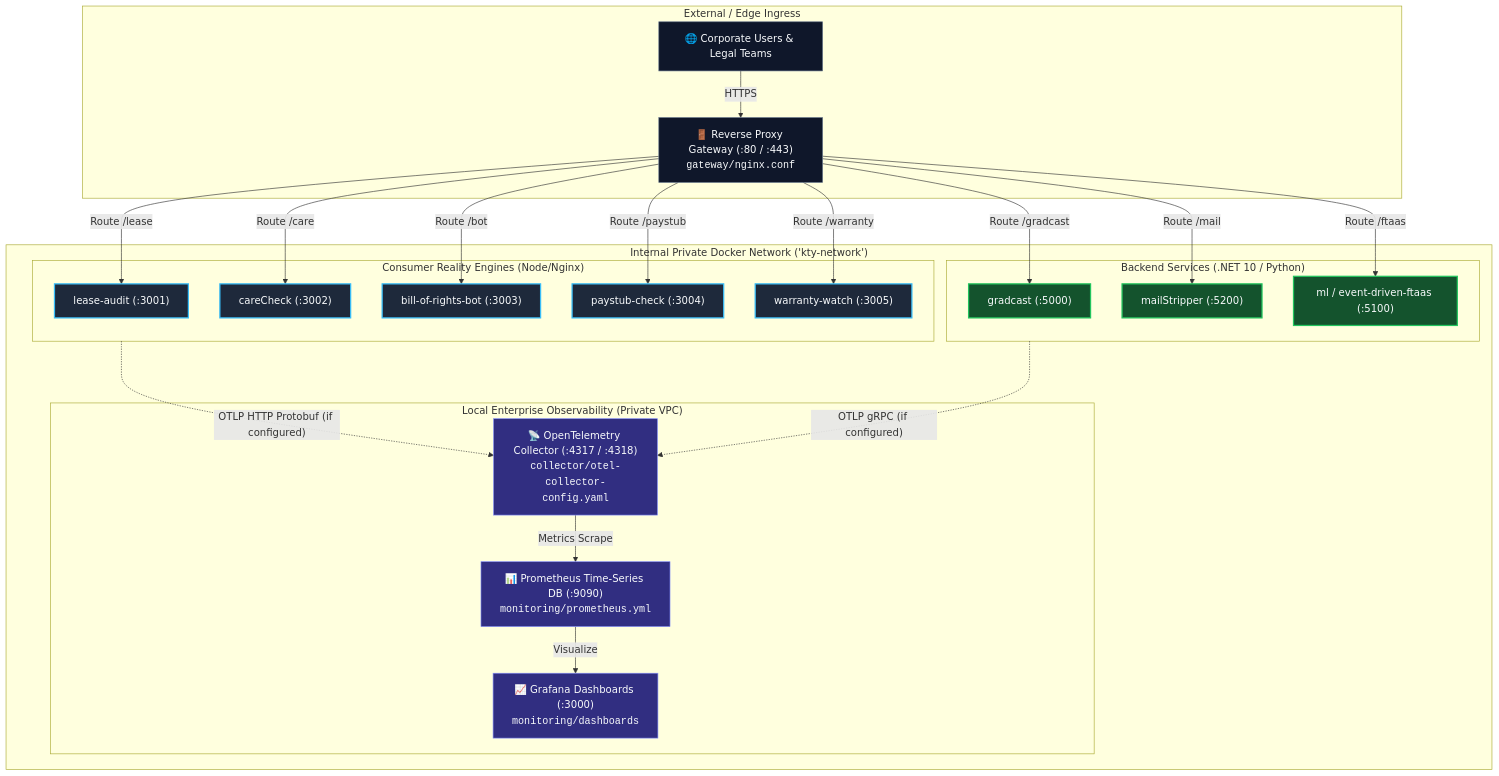
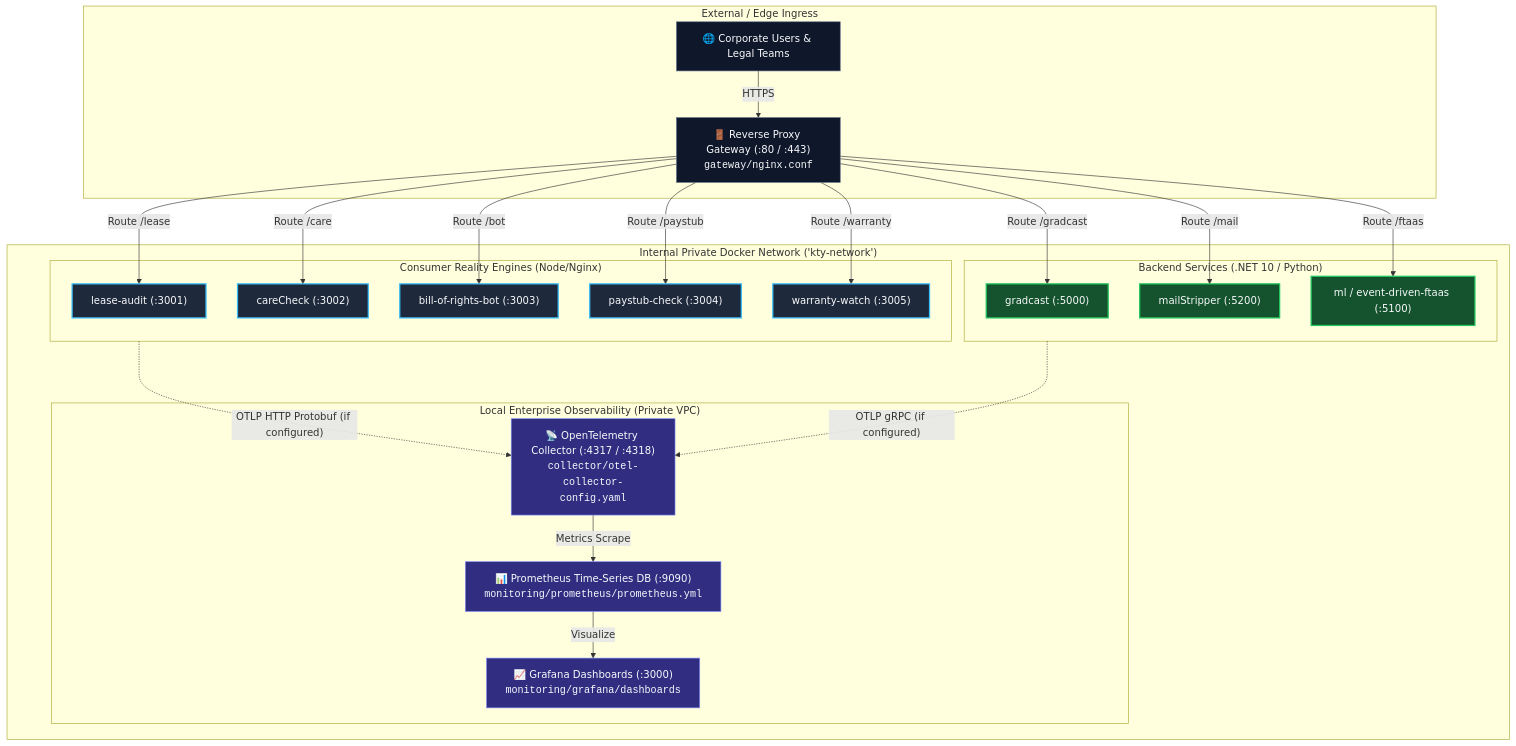
Before and after one commit to knowthankyew/enterprise-self-host: the first of 2 diagrams in docs/ARCHITECTURE.md, drawn with Mermaid. The commit also changed other lines of this file, not shown here.

Commit message:
docs(arch): align monitoring and grafana dashboard paths with filesystem

````diff
--- a/docs/ARCHITECTURE.md
+++ b/docs/ARCHITECTURE.md
@@ -23,56 +23,56 @@
 ```mermaid
 flowchart TD
     subgraph PublicBoundary["External / Edge Ingress"]
         ClientBrowser["🌐 Corporate Users & Legal Teams"]
         Gateway["🚪 Reverse Proxy Gateway (:80 / :443)<br/><code>gateway/nginx.conf</code>"]
     end
 
     subgraph InternalNetwork["Internal Private Docker Network ('kty-network')"]
         subgraph WebEngines["Consumer Reality Engines (Node/Nginx)"]
             Lease["lease-audit (:3001)"]
             Care["careCheck (:3002)"]
             BOR["bill-of-rights-bot (:3003)"]
             Paystub["paystub-check (:3004)"]
             Warranty["warranty-watch (:3005)"]
         end
 
         subgraph ServiceEngines["Backend Services (.NET 10 / Python)"]
             Grad["gradcast (:5000)"]
             Mail["mailStripper (:5200)"]
             FTaaS["ml / event-driven-ftaas (:5100)"]
         end
 
         subgraph ObservabilityStack["Local Enterprise Observability (Private VPC)"]
             OTelCollector["📡 OpenTelemetry Collector (:4317 / :4318)<br/><code>collector/otel-collector-config.yaml</code>"]
-            Prometheus["📊 Prometheus Time-Series DB (:9090)<br/><code>monitoring/prometheus.yml</code>"]
-            Grafana["📈 Grafana Dashboards (:3000)<br/><code>monitoring/dashboards</code>"]
+            Prometheus["📊 Prometheus Time-Series DB (:9090)<br/><code>monitoring/prometheus/prometheus.yml</code>"]
+            Grafana["📈 Grafana Dashboards (:3000)<br/><code>monitoring/grafana/dashboards</code>"]
         end
     end
 
     %% Routing
     ClientBrowser -->|"HTTPS"| Gateway
     Gateway -->|"Route /lease"| Lease
     Gateway -->|"Route /care"| Care
     Gateway -->|"Route /bot"| BOR
     Gateway -->|"Route /paystub"| Paystub
     Gateway -->|"Route /warranty"| Warranty
     Gateway -->|"Route /gradcast"| Grad
     Gateway -->|"Route /mail"| Mail
     Gateway -->|"Route /ftaas"| FTaaS
 
     %% Telemetry pipeline (Enterprise profile only)
     WebEngines -.->|"OTLP HTTP Protobuf (if configured)"| OTelCollector
     ServiceEngines -.->|"OTLP gRPC (if configured)"| OTelCollector
     OTelCollector -->|"Metrics Scrape"| Prometheus
     Prometheus -->|"Visualize"| Grafana
 
     classDef edge fill:#0f172a,stroke:#64748b,stroke-width:1px,color:#f8fafc;
     classDef web fill:#1e293b,stroke:#38bdf8,stroke-width:2px,color:#f8fafc;
     classDef srv fill:#14532d,stroke:#22c55e,stroke-width:2px,color:#f8fafc;
     classDef obs fill:#312e81,stroke:#818cf8,stroke-width:1px,color:#f8fafc;
 
     class ClientBrowser,Gateway edge;
     class Lease,Care,BOR,Paystub,Warranty web;
     class Grad,Mail,FTaaS srv;
     class OTelCollector,Prometheus,Grafana obs;
 ```
````
